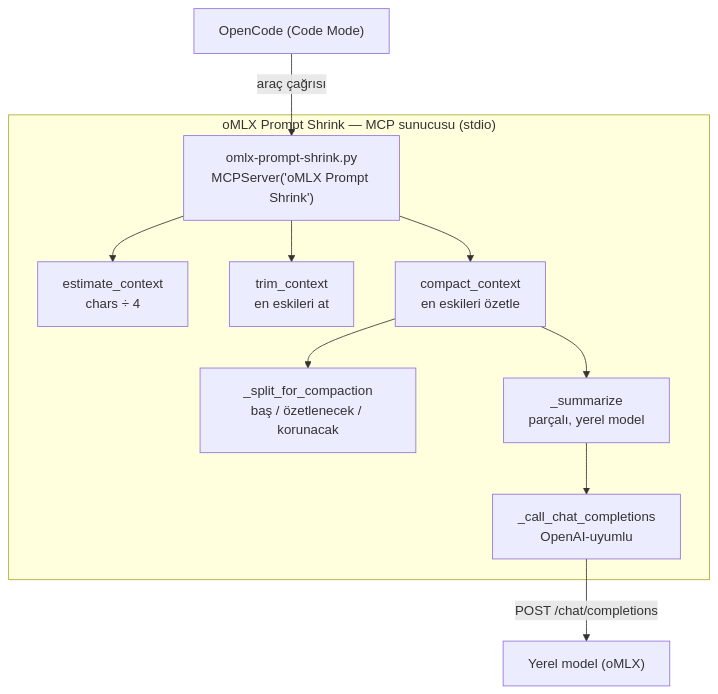
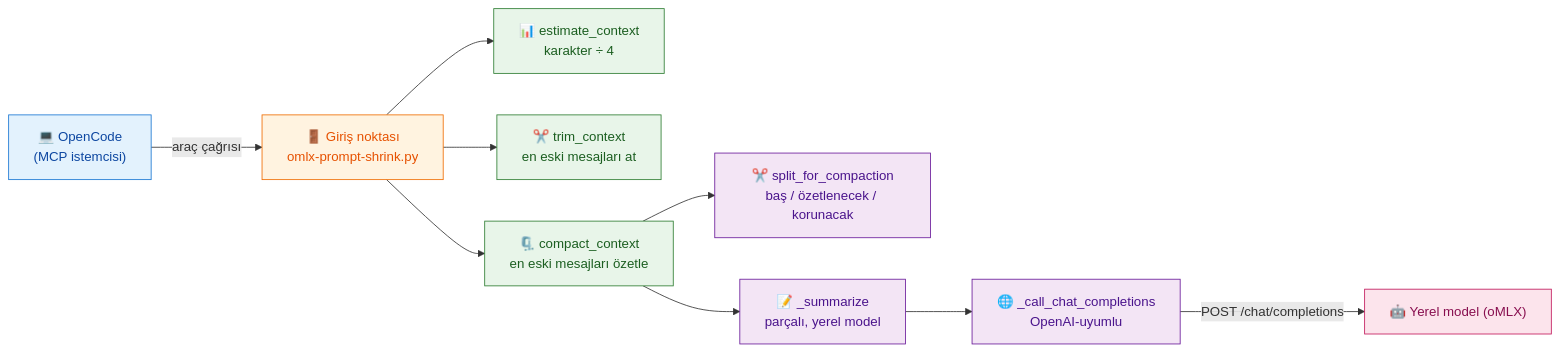
The diagram in README.tr.md (mahirfatih/context-shrink-mcp), drawn with Mermaid before and after one commit. The commit also changed other lines of this file and 3 other files, not shown here.

````diff
--- a/README.tr.md
+++ b/README.tr.md
@@ -76,21 +84,22 @@
 ```mermaid
-graph TD
-    subgraph Server["oMLX Prompt Shrink — MCP sunucusu (stdio)"]
-        Entry["omlx-prompt-shrink.py<br/>MCPServer('oMLX Prompt Shrink')"]
-        Est["estimate_context<br/>chars ÷ 4"]
-        Trim["trim_context<br/>en eskileri at"]
-        Compact["compact_context<br/>en eskileri özetle"]
-        Split["_split_for_compaction<br/>baş / özetlenecek / korunacak"]
-        Sum["_summarize<br/>parçalı, yerel model"]
-        Chat["_call_chat_completions<br/>OpenAI-uyumlu"]
-    end
+flowchart LR
+    classDef client fill:#e3f2fd,stroke:#1976d2,color:#0d47a1
+    classDef entry fill:#fff3e0,stroke:#ef6c00,color:#e65100
+    classDef tool fill:#e8f5e9,stroke:#2e7d32,color:#1b5e20
+    classDef step fill:#f3e5f5,stroke:#6a1b9a,color:#4a148c
+    classDef external fill:#fce4ec,stroke:#c2185b,color:#880e4f
 
-    Client["OpenCode (Code Mode)"] -->|"araç çağrısı"| Entry
-    Entry --> Est
-    Entry --> Trim
-    Entry --> Compact
-    Compact --> Split
-    Compact --> Sum
-    Sum --> Chat
-    Chat -->|"POST /chat/completions"| Endpoint["Yerel model (oMLX)"]
+    Client["💻 OpenCode<br/>(MCP istemcisi)"]:::client
+    Entry["🚪 Giriş noktası<br/>omlx-prompt-shrink.py"]:::entry
+
+    Client -->|"araç çağrısı"| Entry
+
+    Entry --> Est["📊 estimate_context<br/>karakter ÷ 4"]:::tool
+    Entry --> Trim["✂️ trim_context<br/>en eski mesajları at"]:::tool
+    Entry --> Compact["🗜️ compact_context<br/>en eski mesajları özetle"]:::tool
+
+    Compact --> Split["✂️ split_for_compaction<br/>baş / özetlenecek / korunacak"]:::step
+    Compact --> Sum["📝 _summarize<br/>parçalı, yerel model"]:::step
+    Sum --> Chat["🌐 _call_chat_completions<br/>OpenAI-uyumlu"]:::step
+    Chat -->|"POST /chat/completions"| Endpoint["🤖 Yerel model (oMLX)"]:::external
 ```
````
